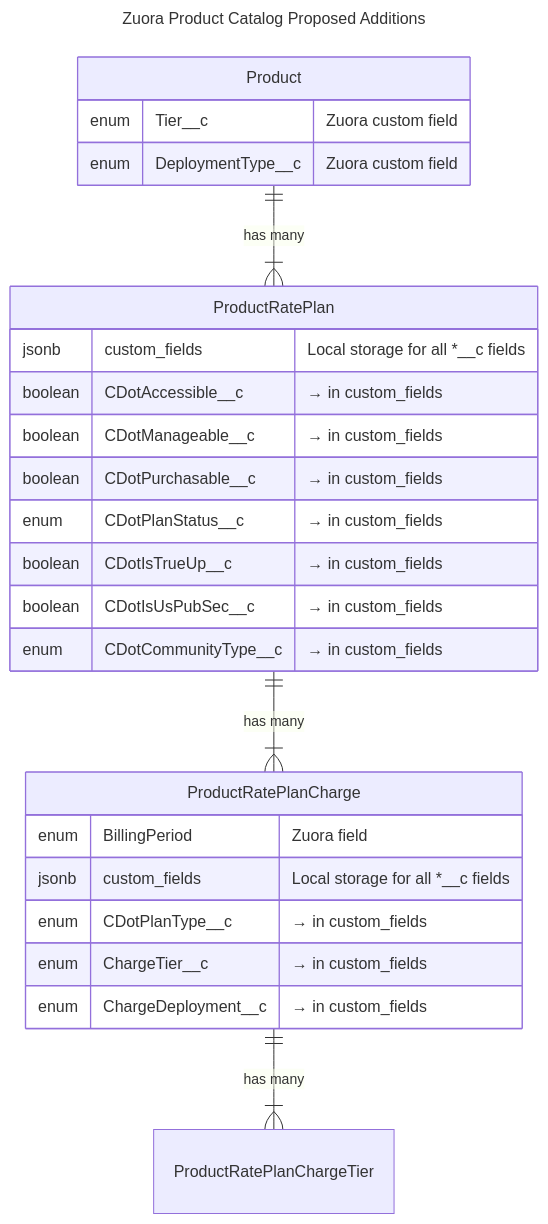
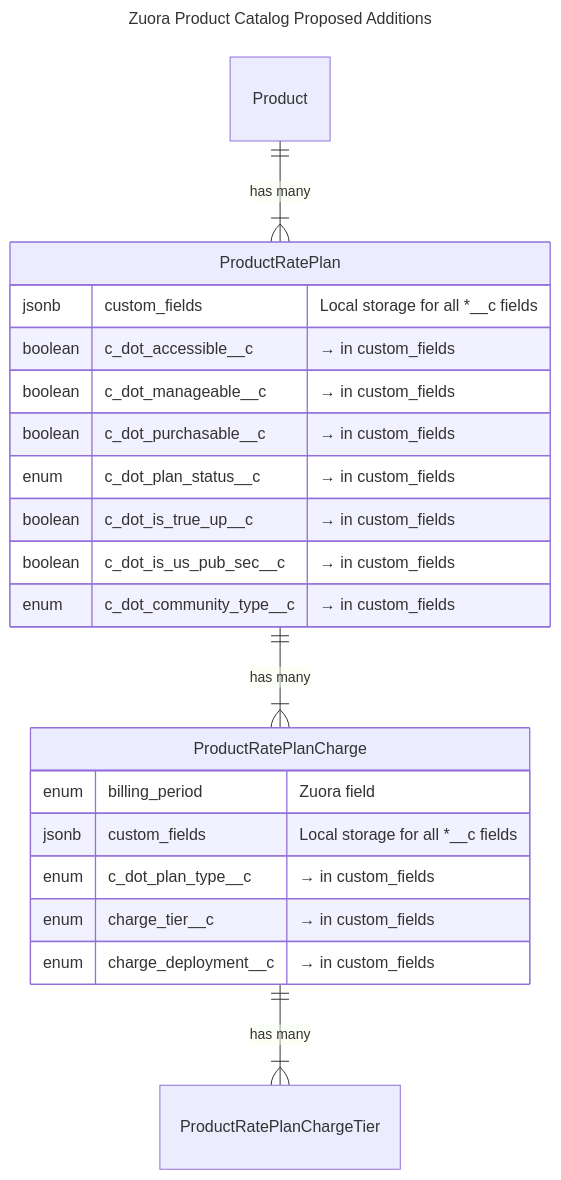
One commit to zalyoung/gitlab-handbook changed the second of 2 diagrams in content/handbook/engineering/architecture/design-documents/cdot_plan_managment/_index.md. Above: the diagram before and after it, drawn with Mermaid. The commit also changed other lines of this file, not shown here.

Commit message:
Update the custom field names and descriptions
Updates to match values in Zuora for the fields we
are re-using and already exist with the listed values

````diff
--- a/content/handbook/engineering/architecture/design-documents/cdot_plan_managment/_index.md
+++ b/content/handbook/engineering/architecture/design-documents/cdot_plan_managment/_index.md
@@ -80,35 +80,30 @@
 ```mermaid
 ---
 title: Zuora Product Catalog Proposed Additions
 ---
 erDiagram
   "Product" ||--|{ "ProductRatePlan" : "has many"
   "ProductRatePlan" ||--|{ "ProductRatePlanCharge" : "has many"
   "ProductRatePlanCharge" ||--|{ "ProductRatePlanChargeTier" : "has many"
 
-  "Product" {
-    enum Tier__c "Zuora custom field"
-    enum DeploymentType__c "Zuora custom field"
-  }
-
   "ProductRatePlan" {
     jsonb custom_fields "Local storage for all *__c fields"
     %% Fields stored within custom_fields JSONB:
-    boolean CDotAccessible__c "→ in custom_fields"
-    boolean CDotManageable__c "→ in custom_fields"
-    boolean CDotPurchasable__c "→ in custom_fields"
-    enum CDotPlanStatus__c "→ in custom_fields"
-    boolean CDotIsTrueUp__c "→ in custom_fields"
-    boolean CDotIsUsPubSec__c "→ in custom_fields"
-    enum CDotCommunityType__c "→ in custom_fields"
+    boolean c_dot_accessible__c "→ in custom_fields"
+    boolean c_dot_manageable__c "→ in custom_fields"
+    boolean c_dot_purchasable__c "→ in custom_fields"
+    enum c_dot_plan_status__c "→ in custom_fields"
+    boolean c_dot_is_true_up__c "→ in custom_fields"
+    boolean c_dot_is_us_pub_sec__c "→ in custom_fields"
+    enum c_dot_community_type__c "→ in custom_fields"
   }
 
   "ProductRatePlanCharge" {
-    enum BillingPeriod "Zuora field"
+    enum billing_period "Zuora field"
     jsonb custom_fields "Local storage for all *__c fields"
     %% Fields stored within custom_fields JSONB:
-    enum CDotPlanType__c "→ in custom_fields"
-    enum ChargeTier__c "→ in custom_fields"
-    enum ChargeDeployment__c "→ in custom_fields"
+    enum c_dot_plan_type__c "→ in custom_fields"
+    enum charge_tier__c "→ in custom_fields"
+    enum charge_deployment__c "→ in custom_fields"
   }
 ```
````
